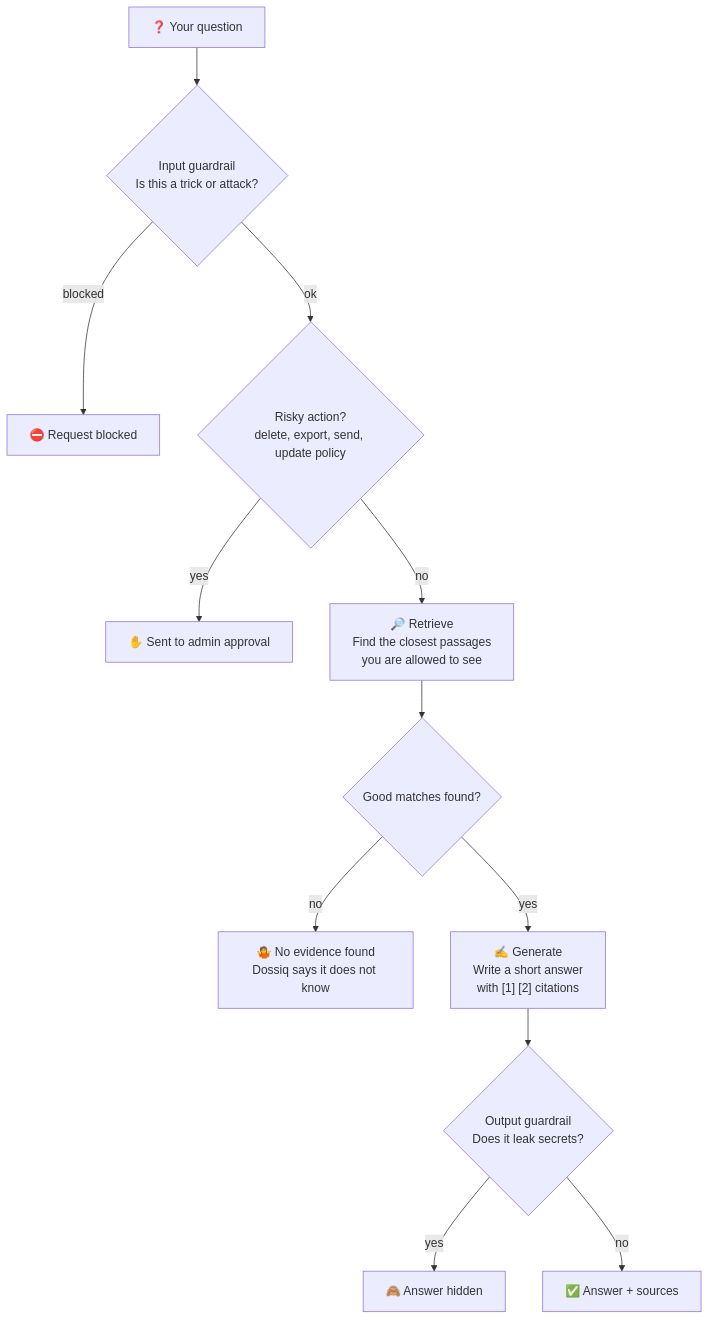
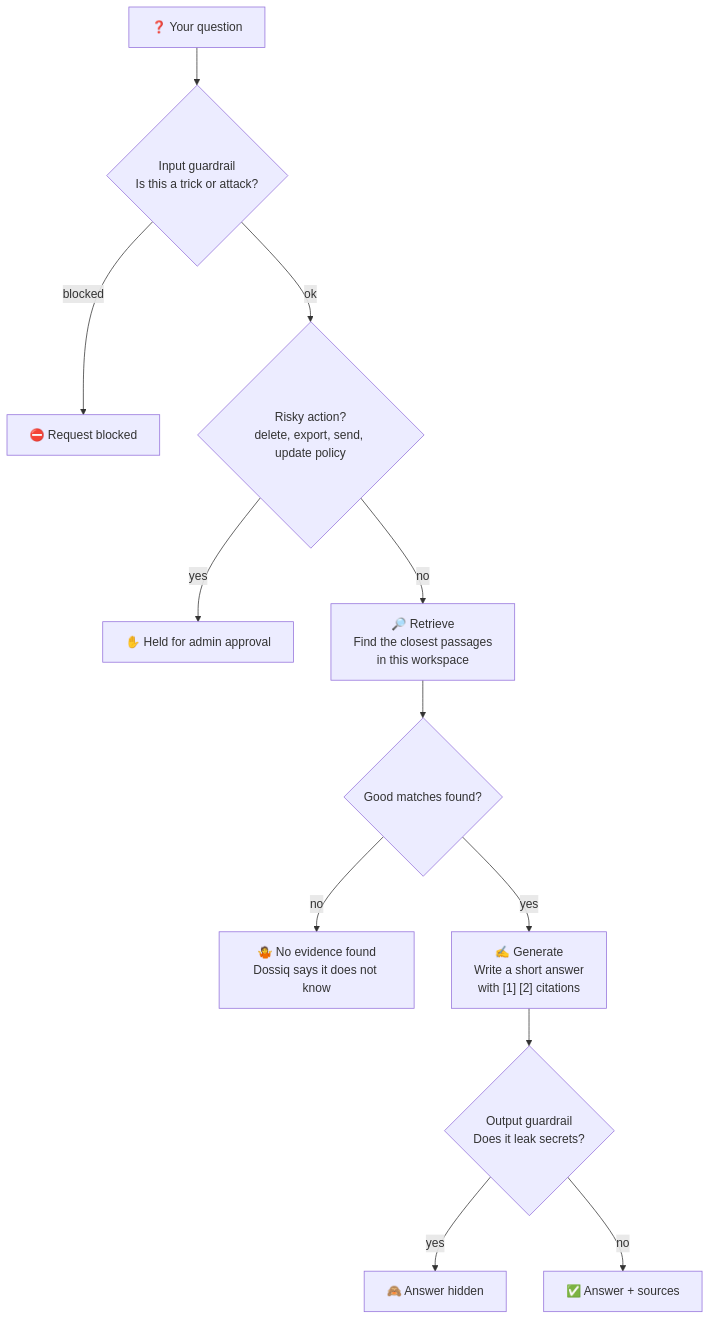
The fourth of 5 diagrams in README.md (syket-git/Dossiq), drawn with Mermaid before and after one commit. The commit also changed other lines of this file and 39 other files, not shown here.

Commit message:
Add Clerk login, multi-workspace support, and admin-only approvals

````diff
--- a/README.md
+++ b/README.md
@@ -189,14 +268,14 @@
 ```mermaid
 flowchart TD
     Q["❓ Your question"] --> G{"Input guardrail<br/>Is this a trick or attack?"}
     G -- blocked --> X["⛔ Request blocked"]
     G -- ok --> H{"Risky action?<br/>delete, export, send, update policy"}
-    H -- yes --> AP["✋ Sent to admin approval"]
-    H -- no --> R["🔎 Retrieve<br/>Find the closest passages<br/>you are allowed to see"]
+    H -- yes --> AP["✋ Held for admin approval"]
+    H -- no --> R["🔎 Retrieve<br/>Find the closest passages<br/>in this workspace"]
     R --> E{"Good matches found?"}
     E -- no --> NE["🤷 No evidence found<br/>Dossiq says it does not know"]
     E -- yes --> GEN["✍️ Generate<br/>Write a short answer<br/>with [1] [2] citations"]
     GEN --> V{"Output guardrail<br/>Does it leak secrets?"}
     V -- yes --> HID["🙈 Answer hidden"]
     V -- no --> OK["✅ Answer + sources"]
 ```
````
